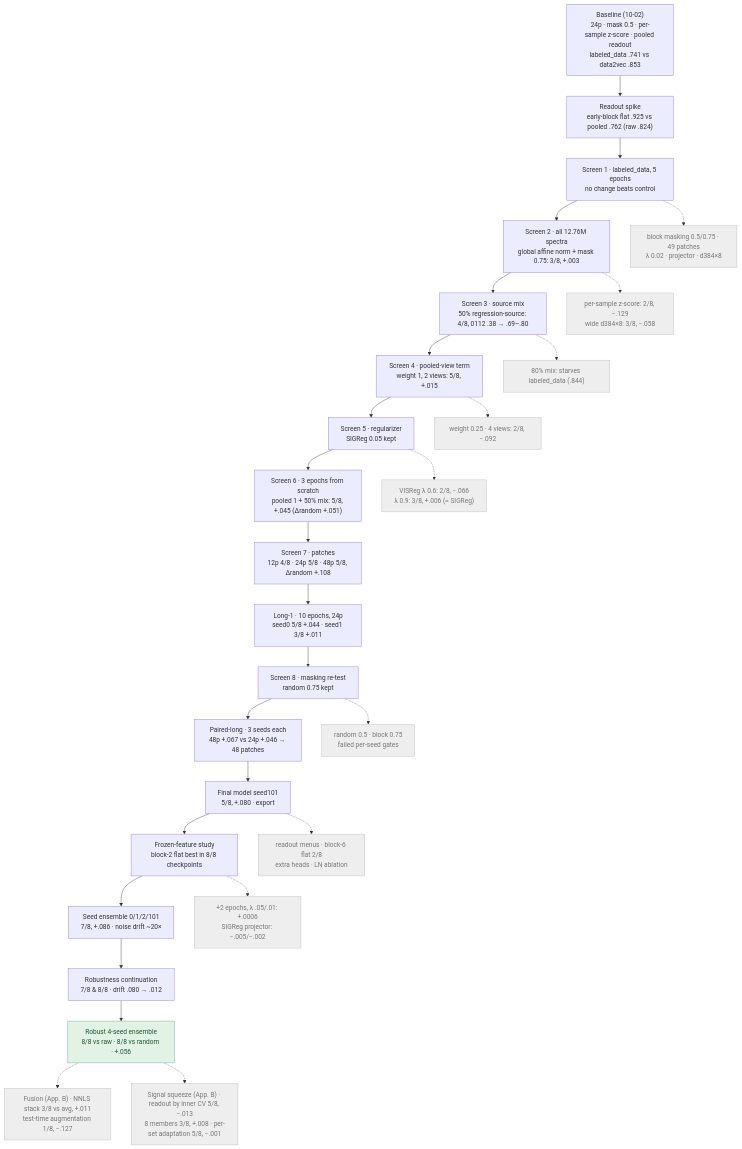
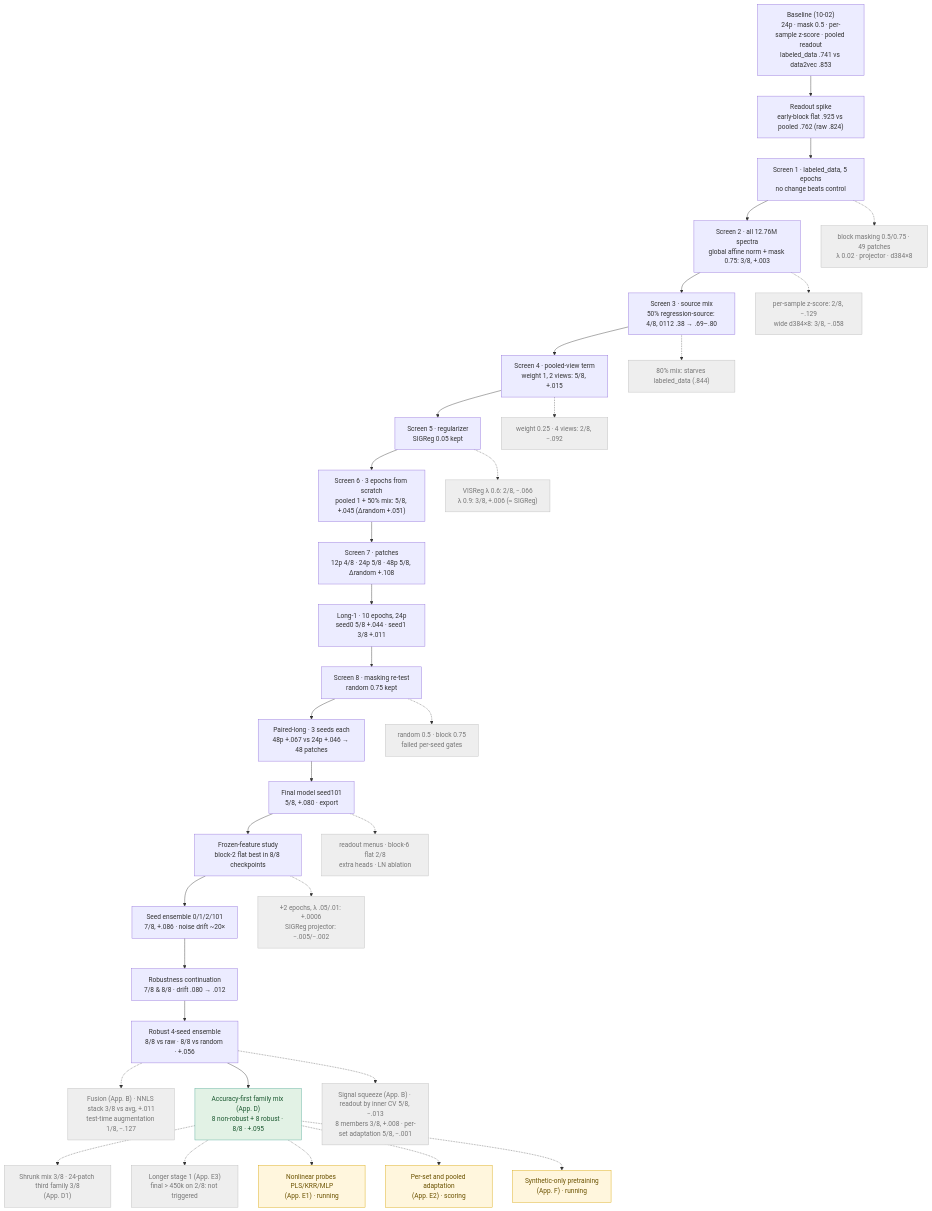
One commit to h-cohen/SpectralFM-jepa changed the fourth of 8 diagrams in docs/TRAINING_REPORT.md. Above: the diagram before and after it, drawn with Mermaid. The commit also changed other lines of this file and 2 other files, not shown here.

First line of the commit message:
report: Appendices E-F (probes, set adaptation, stage-1 curve, synthetic-only) and research tree update

````diff
--- a/docs/TRAINING_REPORT.md
+++ b/docs/TRAINING_REPORT.md
@@ -144,34 +145,42 @@
 ```mermaid
 flowchart TB
     B0["Baseline (10-02)<br/>24p · mask 0.5 · per-sample z-score · pooled readout<br/>labeled_data .741 vs data2vec .853"] --> R0["Readout spike<br/>early-block flat .925 vs pooled .762 (raw .824)"]
     R0 --> S1["Screen 1 · labeled_data, 5 epochs<br/>no change beats control"]
     S1 --> S2["Screen 2 · all 12.76M spectra<br/>global affine norm + mask 0.75: 3/8, +.003"]
     S2 --> S3["Screen 3 · source mix<br/>50% regression-source: 4/8, 0112 .38 → .69–.80"]
     S3 --> S4["Screen 4 · pooled-view term<br/>weight 1, 2 views: 5/8, +.015"]
     S4 --> S5["Screen 5 · regularizer<br/>SIGReg 0.05 kept"]
     S5 --> S6["Screen 6 · 3 epochs from scratch<br/>pooled 1 + 50% mix: 5/8, +.045 (Δrandom +.051)"]
     S6 --> S7["Screen 7 · patches<br/>12p 4/8 · 24p 5/8 · 48p 5/8, Δrandom +.108"]
     S7 --> L1["Long-1 · 10 epochs, 24p<br/>seed0 5/8 +.044 · seed1 3/8 +.011"]
     L1 --> S8["Screen 8 · masking re-test<br/>random 0.75 kept"]
     S8 --> PL["Paired-long · 3 seeds each<br/>48p +.067 vs 24p +.046 → 48 patches"]
     PL --> FM["Final model seed101<br/>5/8, +.080 · export"]
     FM --> FF["Frozen-feature study<br/>block-2 flat best in 8/8 checkpoints"]
     FF --> SE["Seed ensemble 0/1/2/101<br/>7/8, +.086 · noise drift ~20×"]
     SE --> RC["Robustness continuation<br/>7/8 & 8/8 · drift .080 → .012"]
     RC --> RE["Robust 4-seed ensemble<br/>8/8 vs raw · 8/8 vs random · +.056"]
 
     S1 -.-> X1["block masking 0.5/0.75 · 49 patches<br/>λ 0.02 · projector · d384×8"]
     S2 -.-> X2["per-sample z-score: 2/8, −.129<br/>wide d384×8: 3/8, −.058"]
     S3 -.-> X3["80% mix: starves labeled_data (.844)"]
     S4 -.-> X4["weight 0.25 · 4 views: 2/8, −.092"]
     S5 -.-> X5["VISReg λ 0.6: 2/8, −.066<br/>λ 0.9: 3/8, +.006 (≈ SIGReg)"]
     S8 -.-> X8["random 0.5 · block 0.75<br/>failed per-seed gates"]
     FM -.-> X9["readout menus · block-6 flat 2/8<br/>extra heads · LN ablation"]
     FF -.-> X10["+2 epochs, λ .05/.01: +.0006<br/>SIGReg projector: −.005/−.002"]
     RE -.-> X11["Fusion (App. B) · NNLS stack 3/8 vs avg, +.011<br/>test-time augmentation 1/8, −.127"]
+    RE --> AF["Accuracy-first family mix (App. D)<br/>8 non-robust + 8 robust · 8/8 · +.095"]
+    AF -.-> X13["Shrunk mix 3/8 · 24-patch third family 3/8<br/>(App. D1)"]
+    AF -.-> X14["Longer stage 1 (App. E3)<br/>final > 450k on 2/8: not triggered"]
+    AF -.-> P1["Nonlinear probes PLS/KRR/MLP<br/>(App. E1) · running"]
+    AF -.-> P2["Per-set and pooled adaptation<br/>(App. E2) · scoring"]
+    AF -.-> P3["Synthetic-only pretraining<br/>(App. F) · running"]
     RE -.-> X12["Signal squeeze (App. B) · readout by inner CV 5/8, −.013<br/>8 members 3/8, +.008 · per-set adaptation 5/8, −.001"]
     classDef drop fill:#eee,stroke:#bbb,color:#777
     classDef keep fill:#e2f2e5,stroke:#5a9,color:#1d5a32
-    class X1,X2,X3,X4,X5,X8,X9,X10,X11,X12 drop
-    class RE keep
+    classDef pend fill:#fff6dd,stroke:#d9a400,color:#6b5200
+    class X1,X2,X3,X4,X5,X8,X9,X10,X11,X12,X13,X14 drop
+    class AF keep
+    class P1,P2,P3 pend
 ```
````
